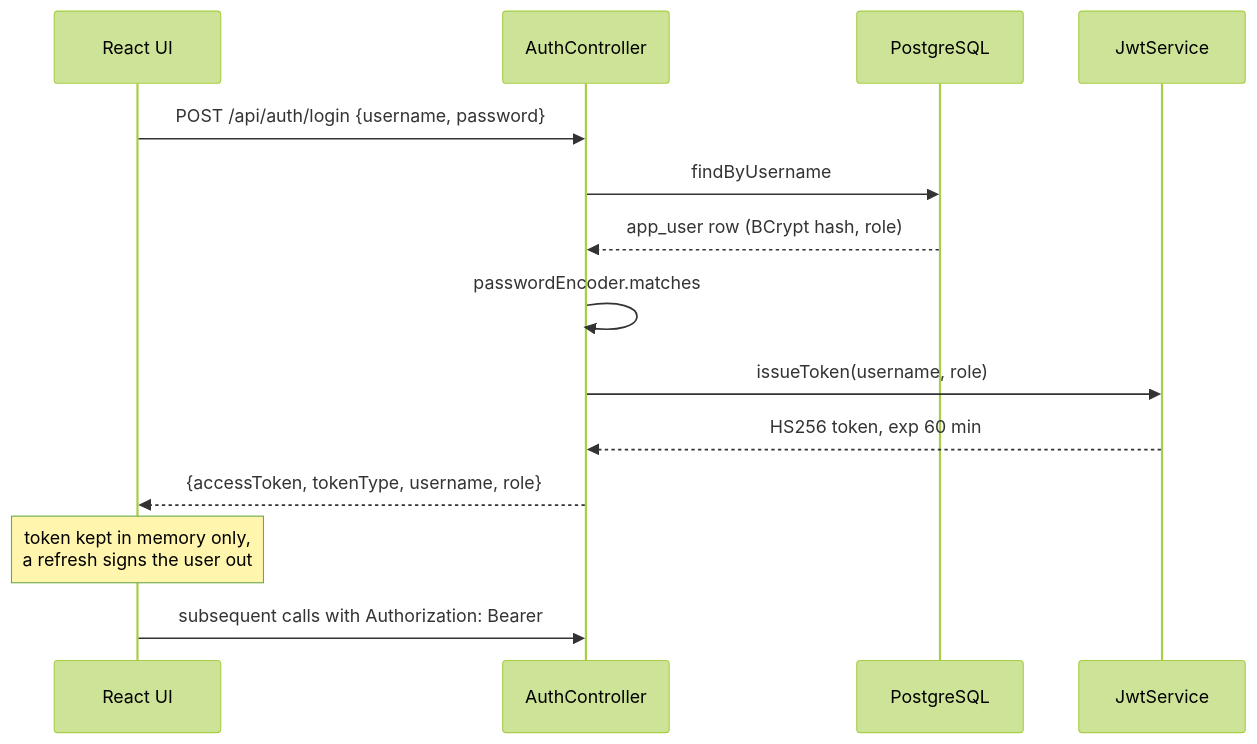
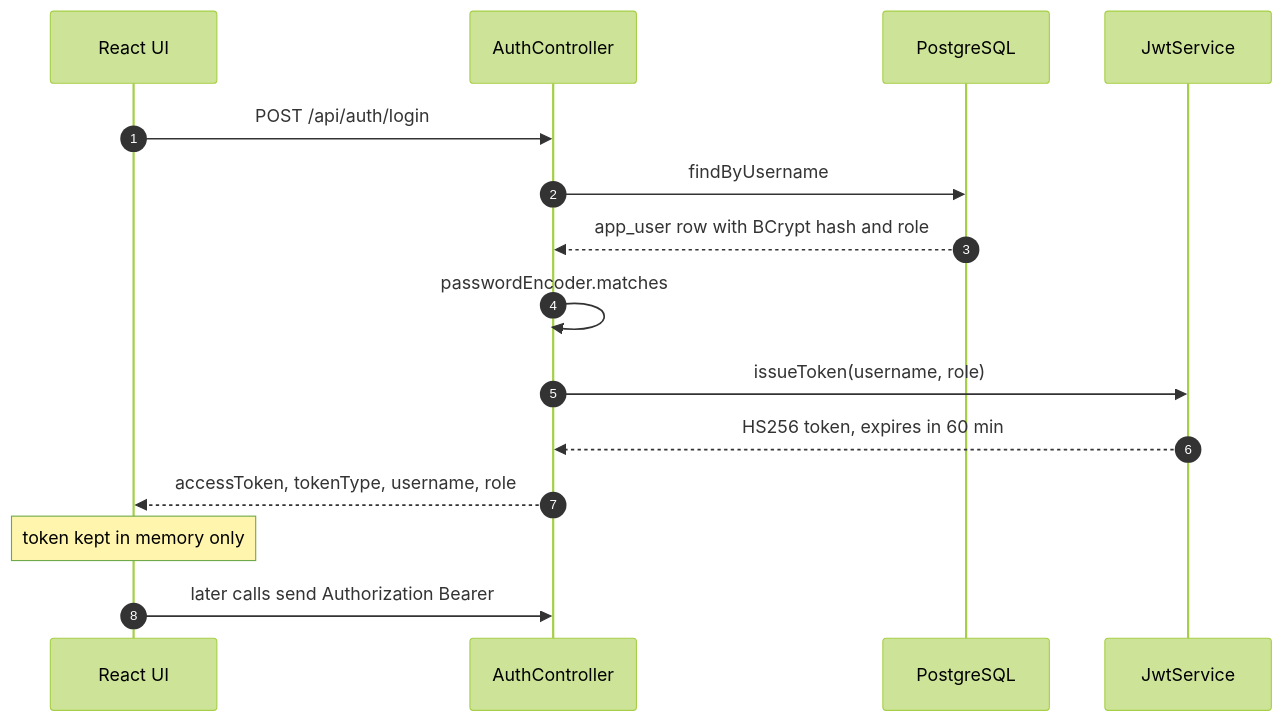
The second of 4 diagrams in docs/architecture.md (pupilliluke/java-bootcamp-capstone), drawn with Mermaid (forest theme) before and after one commit. The commit also changed other lines of this file and 6 other files, not shown here.

````diff
--- a/docs/architecture.md
+++ b/docs/architecture.md
@@ -70,17 +55,18 @@
 ```mermaid
 sequenceDiagram
+  autonumber
   participant UI as React UI
   participant API as AuthController
   participant DB as PostgreSQL
   participant JWT as JwtService
 
-  UI->>API: POST /api/auth/login {username, password}
+  UI->>API: POST /api/auth/login
   API->>DB: findByUsername
-  DB-->>API: app_user row (BCrypt hash, role)
+  DB-->>API: app_user row with BCrypt hash and role
   API->>API: passwordEncoder.matches
   API->>JWT: issueToken(username, role)
-  JWT-->>API: HS256 token, exp 60 min
-  API-->>UI: {accessToken, tokenType, username, role}
-  Note over UI: token kept in memory only,<br/>a refresh signs the user out
-  UI->>API: subsequent calls with Authorization: Bearer
+  JWT-->>API: HS256 token, expires in 60 min
+  API-->>UI: accessToken, tokenType, username, role
+  Note over UI: token kept in memory only
+  UI->>API: later calls send Authorization Bearer
 ```
````
